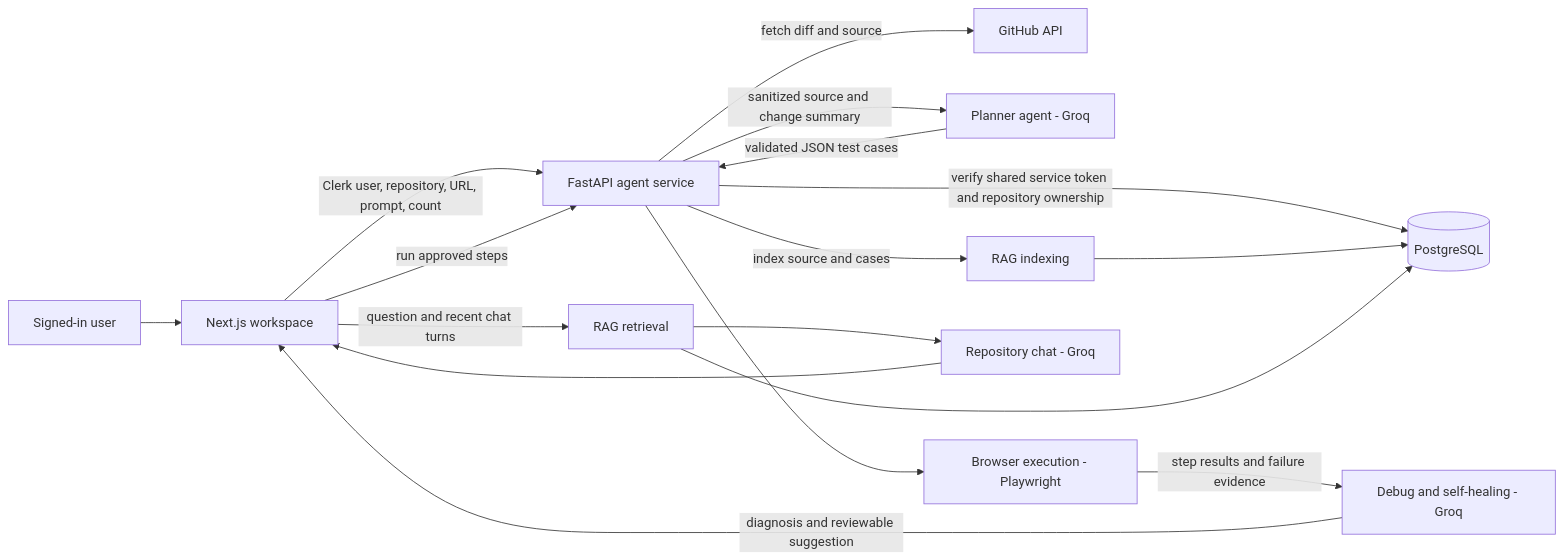
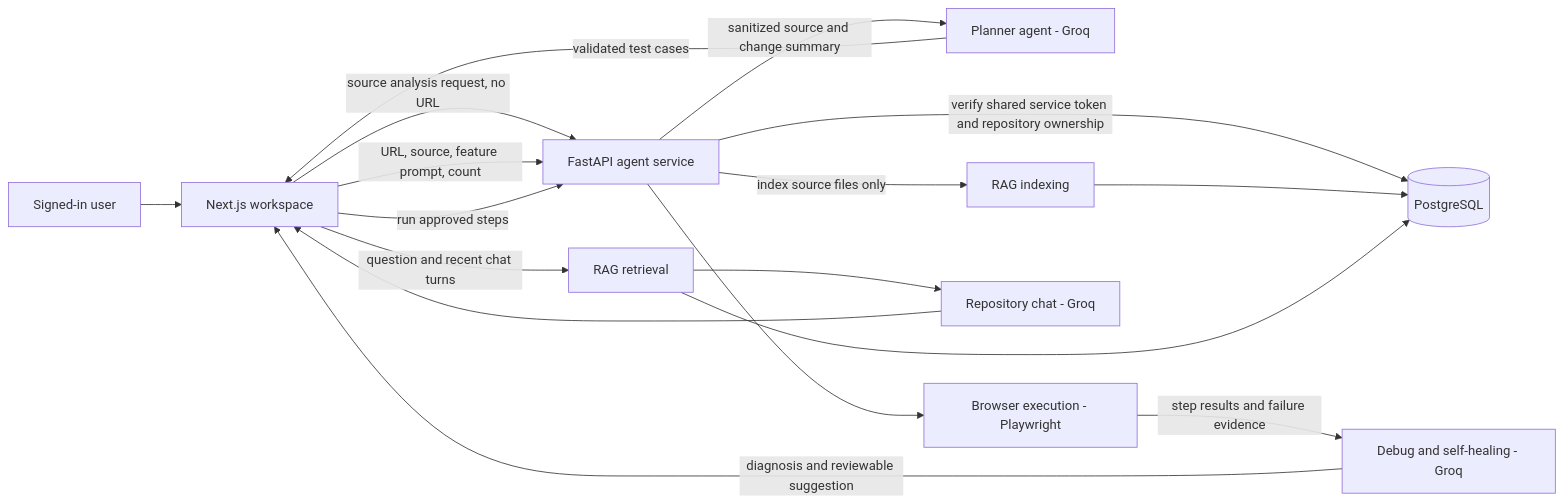
The diagram in README.md (yashsrivastavaaa/TestIt), drawn with Mermaid before and after one commit. The commit also changed other lines of this file and 15 other files, not shown here.

````diff
--- a/README.md
+++ b/README.md
@@ -35,19 +35,19 @@
 ```mermaid
 flowchart LR
     U[Signed-in user] --> W[Next.js workspace]
-    W -->|Clerk user, repository, URL, prompt, count| A[FastAPI agent service]
+    W -->|source analysis request, no URL| A[FastAPI agent service]
     A -->|verify shared service token and repository ownership| DB[(PostgreSQL)]
-    A -->|fetch diff and source| GH[GitHub API]
+    W -->|URL, source, feature prompt, count| A
     A -->|sanitized source and change summary| P[Planner agent - Groq]
-    P -->|validated JSON test cases| A
-    A -->|index source and cases| R[RAG indexing]
+    P -->|validated test cases| W
+    A -->|index source files only| R[RAG indexing]
     R --> DB
     W -->|run approved steps| A
     A --> B[Browser execution - Playwright]
     B -->|step results and failure evidence| D[Debug and self-healing - Groq]
     D -->|diagnosis and reviewable suggestion| W
     W -->|question and recent chat turns| Q[RAG retrieval]
     Q --> DB
     Q --> C[Repository chat - Groq]
     C --> W
 ```
````
